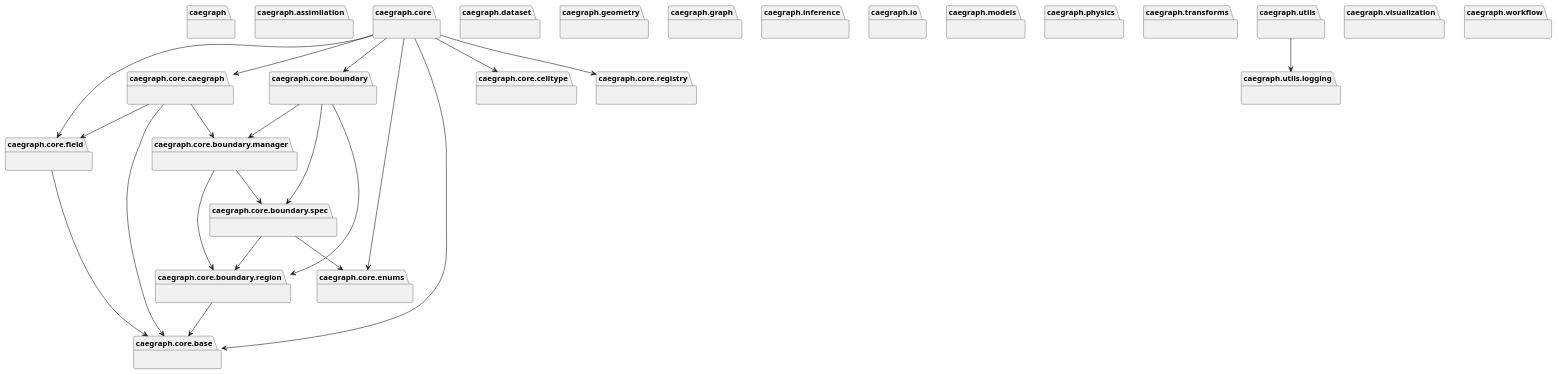
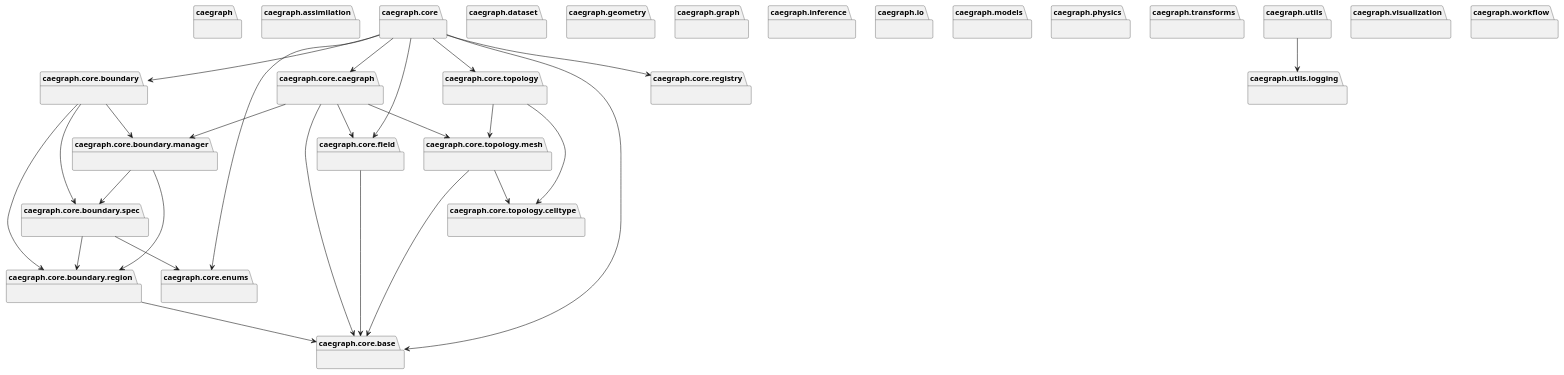
Before and after one commit to XYChouMian/caegraph: the diagram in diagrams/generated/packages_caegraph.puml, drawn with PlantUML. The commit also changed 5 other files, not shown here.

Commit message:
docs: sync phase2 docs and generated uml with topology subsystem

```diff
--- a/diagrams/generated/packages_caegraph.puml
+++ b/diagrams/generated/packages_caegraph.puml
@@ -1,73 +1,82 @@
 @startuml packages_caegraph
 set namespaceSeparator none
 package "caegraph" as caegraph {
 }
 package "caegraph.assimilation" as caegraph.assimilation {
 }
 package "caegraph.core" as caegraph.core {
 }
 package "caegraph.core.base" as caegraph.core.base {
 }
 package "caegraph.core.boundary" as caegraph.core.boundary {
 }
 package "caegraph.core.boundary.manager" as caegraph.core.boundary.manager {
 }
 package "caegraph.core.boundary.region" as caegraph.core.boundary.region {
 }
 package "caegraph.core.boundary.spec" as caegraph.core.boundary.spec {
 }
 package "caegraph.core.caegraph" as caegraph.core.caegraph {
 }
-package "caegraph.core.celltype" as caegraph.core.celltype {
-}
 package "caegraph.core.enums" as caegraph.core.enums {
 }
 package "caegraph.core.field" as caegraph.core.field {
 }
 package "caegraph.core.registry" as caegraph.core.registry {
+}
+package "caegraph.core.topology" as caegraph.core.topology {
+}
+package "caegraph.core.topology.celltype" as caegraph.core.topology.celltype {
+}
+package "caegraph.core.topology.mesh" as caegraph.core.topology.mesh {
 }
 package "caegraph.dataset" as caegraph.dataset {
 }
 package "caegraph.geometry" as caegraph.geometry {
 }
 package "caegraph.graph" as caegraph.graph {
 }
 package "caegraph.inference" as caegraph.inference {
 }
 package "caegraph.io" as caegraph.io {
 }
 package "caegraph.models" as caegraph.models {
 }
 package "caegraph.physics" as caegraph.physics {
 }
 package "caegraph.transforms" as caegraph.transforms {
 }
 package "caegraph.utils" as caegraph.utils {
 }
 package "caegraph.utils.logging" as caegraph.utils.logging {
 }
 package "caegraph.visualization" as caegraph.visualization {
 }
 package "caegraph.workflow" as caegraph.workflow {
 }
 caegraph.core --> caegraph.core.base
 caegraph.core --> caegraph.core.boundary
 caegraph.core --> caegraph.core.caegraph
-caegraph.core --> caegraph.core.celltype
 caegraph.core --> caegraph.core.enums
 caegraph.core --> caegraph.core.field
 caegraph.core --> caegraph.core.registry
+caegraph.core --> caegraph.core.topology
 caegraph.core.boundary --> caegraph.core.boundary.manager
 caegraph.core.boundary --> caegraph.core.boundary.region
 caegraph.core.boundary --> caegraph.core.boundary.spec
 caegraph.core.boundary.manager --> caegraph.core.boundary.region
 caegraph.core.boundary.manager --> caegraph.core.boundary.spec
 caegraph.core.boundary.region --> caegraph.core.base
 caegraph.core.boundary.spec --> caegraph.core.boundary.region
 caegraph.core.boundary.spec --> caegraph.core.enums
 caegraph.core.caegraph --> caegraph.core.base
 caegraph.core.caegraph --> caegraph.core.boundary.manager
 caegraph.core.caegraph --> caegraph.core.field
+caegraph.core.caegraph --> caegraph.core.topology.mesh
 caegraph.core.field --> caegraph.core.base
+caegraph.core.topology --> caegraph.core.topology.celltype
+caegraph.core.topology --> caegraph.core.topology.mesh
+caegraph.core.topology.mesh --> caegraph.core.base
+caegraph.core.topology.mesh --> caegraph.core.topology.celltype
 caegraph.utils --> caegraph.utils.logging
 @enduml
```
